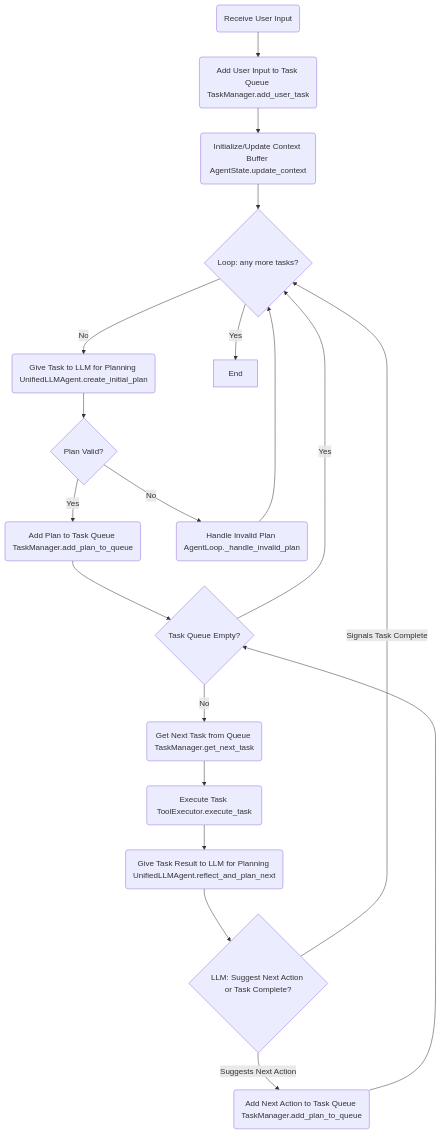
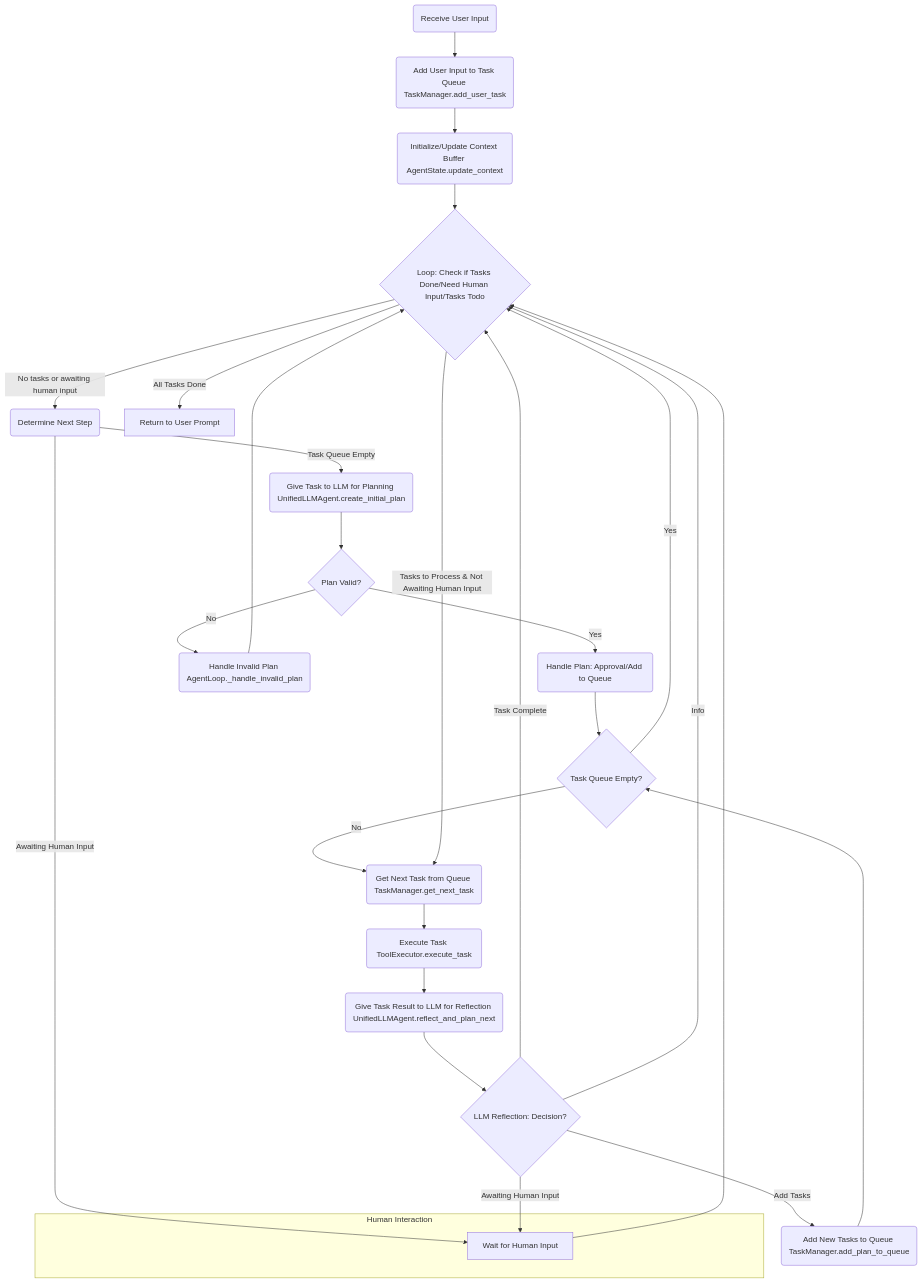
Before and after one commit to matthewspangler/AgentFlipper: the diagram in ARCHITECTURE.md, drawn with Mermaid. The commit also changed other lines of this file and 9 other files, not shown here.

Commit message:
updated architecture docs

````diff
--- a/ARCHITECTURE.md
+++ b/ARCHITECTURE.md
@@ -149,21 +199,32 @@
 ```mermaid
 graph TD
     B(Receive User Input) --> B1(Add User Input to Task Queue TaskManager.add_user_task)
     B1 --> C(Initialize/Update Context Buffer AgentState.update_context)
-    C --> D{Loop: any more tasks?}
-    D -- No --> E_F(Give Task to LLM for Planning UnifiedLLMAgent.create_initial_plan)
+    C --> D{Loop: Check if Tasks Done/Need Human Input/Tasks Todo}
+    D -- No tasks or awaiting human input --> P(Determine Next Step)
+    P -- Task Queue Empty --> E_F(Give Task to LLM for Planning UnifiedLLMAgent.create_initial_plan)
+    P -- Awaiting Human Input --> Z(Wait for Human Input)
+    Z --> D
     E_F --> H{Plan Valid?}
-    H -- Yes --> I(Add Plan to Task Queue TaskManager.add_plan_to_queue)
-    I --> J{Task Queue Empty?}
+    H -- Yes --> A(Handle Plan: Approval/Add to Queue)
+    A --> J{Task Queue Empty?}
     J -- No --> K(Get Next Task from Queue TaskManager.get_next_task)
     K --> L(Execute Task ToolExecutor.execute_task)
-    L --> MN(Give Task Result to LLM for Planning UnifiedLLMAgent.reflect_and_plan_next)
-    MN --> OQ{LLM: Suggest Next Action or Task Complete?}
-    OQ -- Suggests Next Action --> S(Add Next Action to Task Queue TaskManager.add_plan_to_queue)
+    L --> MN(Give Task Result to LLM for Reflection UnifiedLLMAgent.reflect_and_plan_next)
+    MN --> OQ{LLM Reflection: Decision?}
+    OQ -- Add Tasks --> S(Add New Tasks to Queue TaskManager.add_plan_to_queue)
     S --> J
-    OQ -- Signals Task Complete --> D
+    OQ -- Task Complete --> D
+    OQ -- Awaiting Human Input --> Z
+    OQ -- Info --> D
     J -- Yes --> D
     H -- No --> W(Handle Invalid Plan AgentLoop._handle_invalid_plan)
     W --> D
-    D -- Yes --> X[End]
-```
+    D -- Tasks to Process & Not Awaiting Human Input --> K
+    D -- All Tasks Done --> X[Return to User Prompt]
+
+    subgraph Human Interaction
+        Z[Wait for Human Input]
+    end
+
+ ```
````
